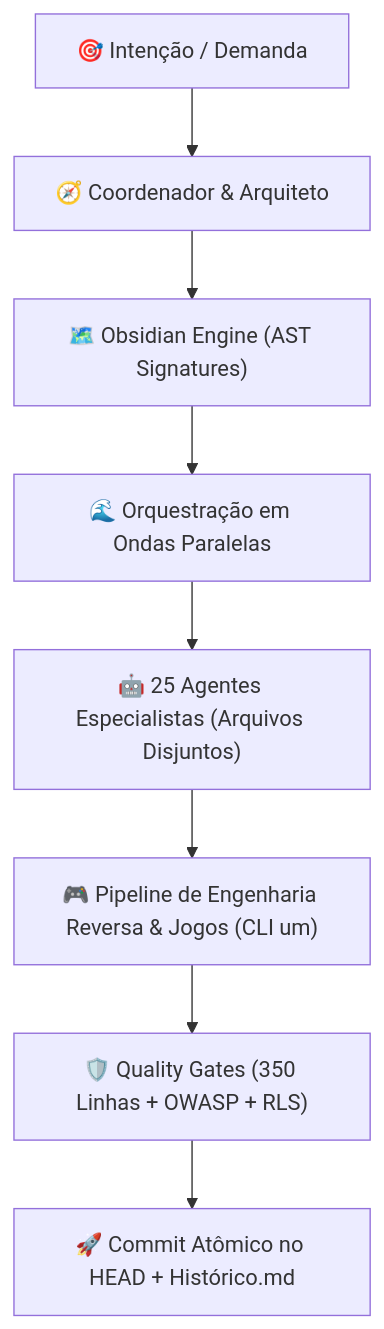
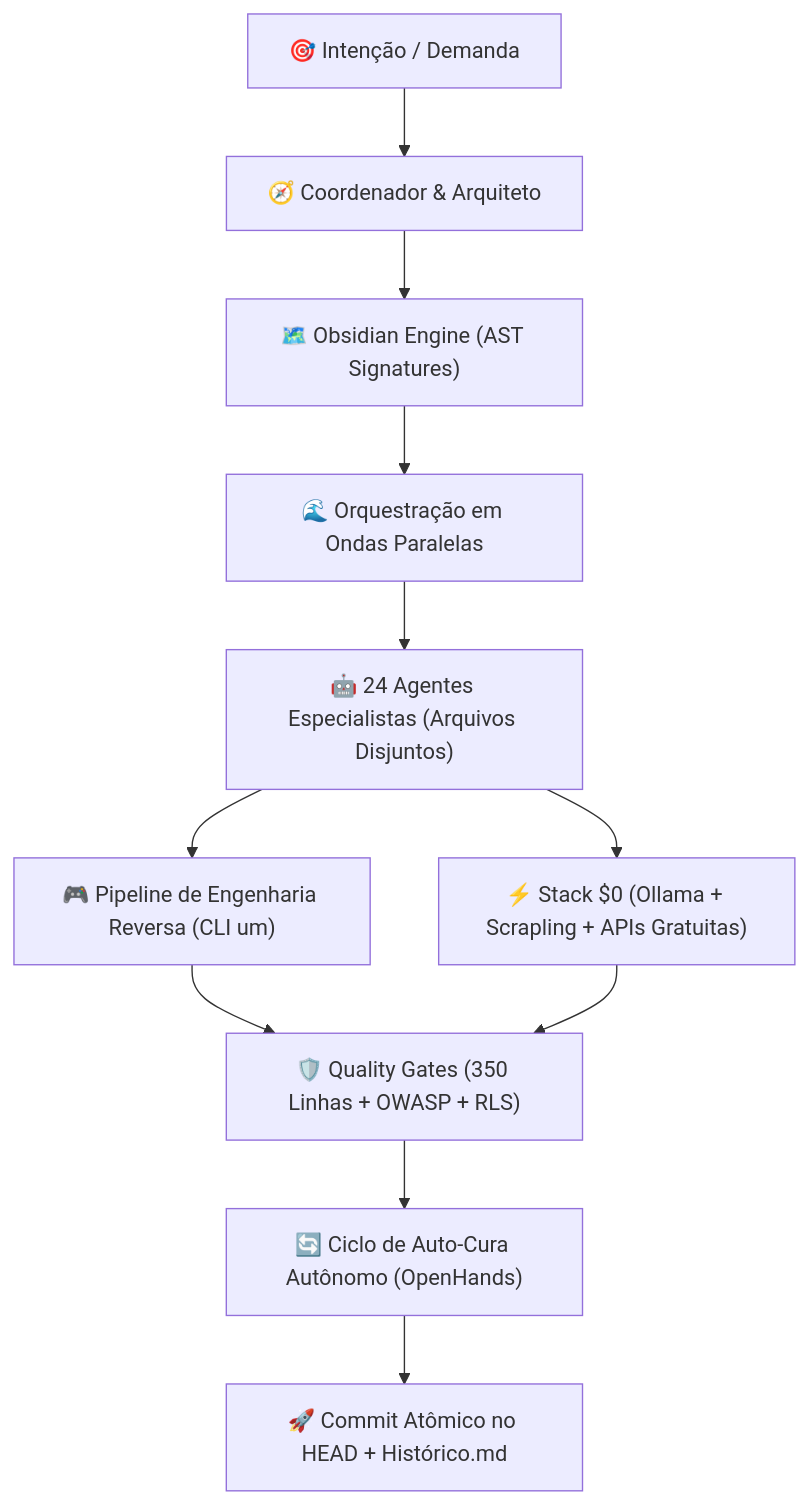
Before and after one commit to MateusD12/vibe-engineering-toolkit: the diagram in README.md, drawn with Mermaid. The commit also changed other lines of this file and 9 other files, not shown here.

Commit message:
feat: adicionar Stack  com inferência local (Ollama), Scrapling, APIs públicas e auto-cura OpenHands

````diff
--- a/README.md
+++ b/README.md
@@ -17,10 +18,13 @@
 ```mermaid
 flowchart TD
     A["🎯 Intenção / Demanda"] --> B["🧭 Coordenador & Arquiteto"]
     B --> C["🗺️ Obsidian Engine (AST Signatures)"]
     C --> D["🌊 Orquestração em Ondas Paralelas"]
-    D --> E["🤖 25 Agentes Especialistas (Arquivos Disjuntos)"]
-    E --> F["🎮 Pipeline de Engenharia Reversa & Jogos (CLI um)"]
-    F --> G["🛡️ Quality Gates (350 Linhas + OWASP + RLS)"]
-    G --> H["🚀 Commit Atômico no HEAD + Histórico.md"]
+    D --> E["🤖 24 Agentes Especialistas (Arquivos Disjuntos)"]
+    E --> F["🎮 Pipeline de Engenharia Reversa (CLI um)"]
+    E --> G["⚡ Stack $0 (Ollama + Scrapling + APIs Gratuitas)"]
+    F --> H["🛡️ Quality Gates (350 Linhas + OWASP + RLS)"]
+    G --> H
+    H --> I["🔄 Ciclo de Auto-Cura Autônomo (OpenHands)"]
+    I --> J["🚀 Commit Atômico no HEAD + Histórico.md"]
 ```
````
